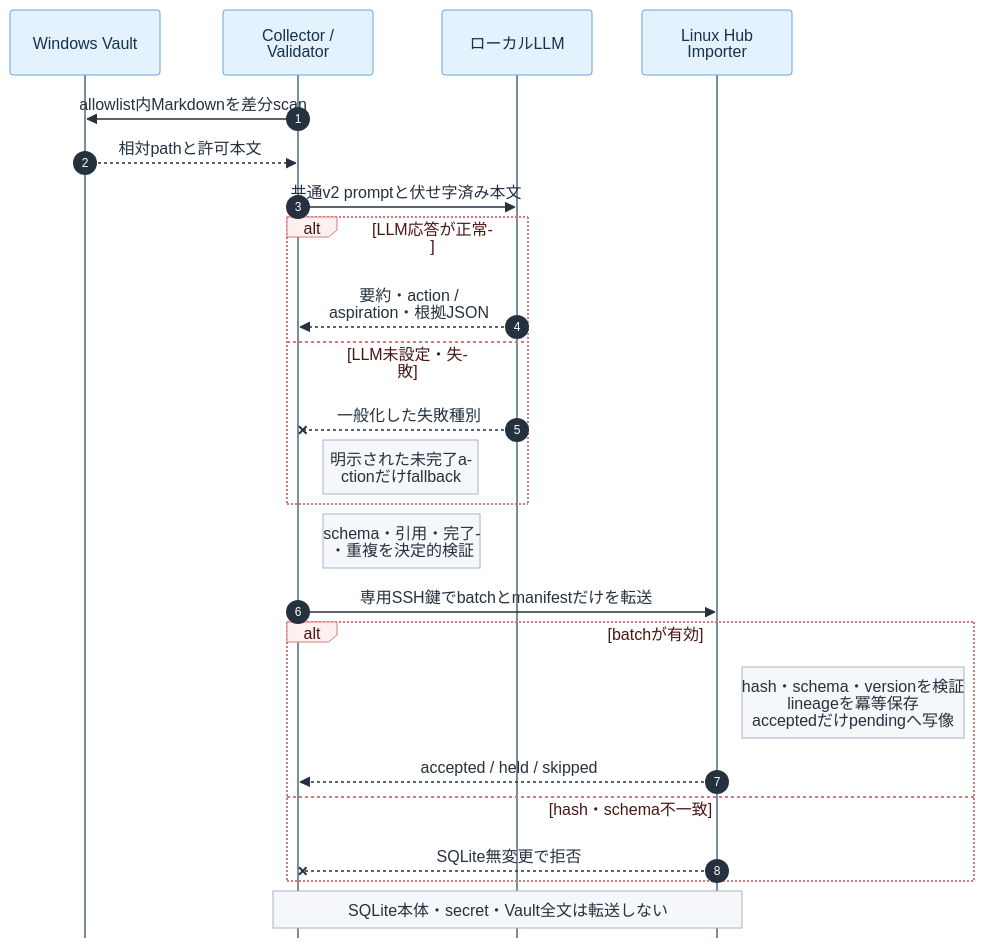
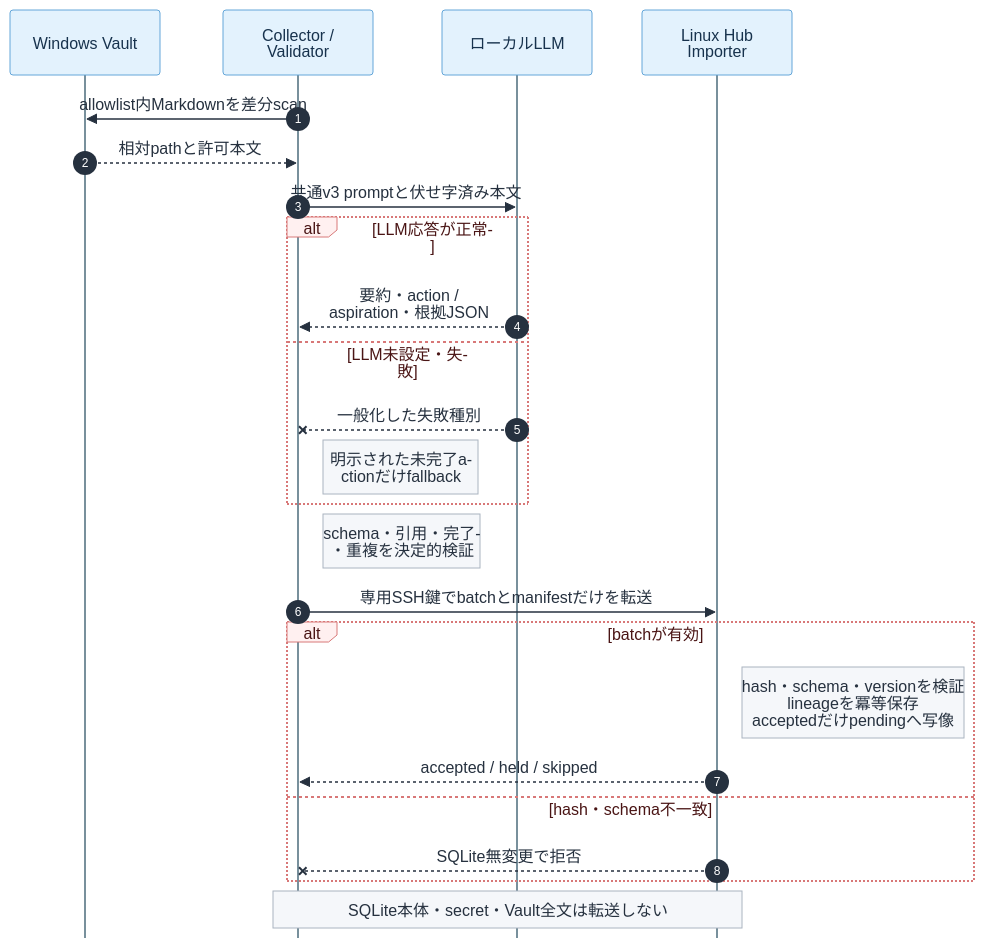
One commit to rohto4/my-pj-general changed the second of 3 diagrams in docs/arch/windows-vault-ai-intake-architecture-2026-07.md. Above: the diagram before and after it, drawn with Mermaid. The commit also changed other lines of this file and 34 other files, not shown here.

````diff
--- a/docs/arch/windows-vault-ai-intake-architecture-2026-07.md
+++ b/docs/arch/windows-vault-ai-intake-architecture-2026-07.md
@@ -36,29 +36,29 @@
 ```mermaid
 %%{init: {"theme":"base","themeVariables":{"background":"#ffffff","textColor":"#26313f","actorBkg":"#e3f2fd","actorBorder":"#64a6d9","actorTextColor":"#17324d","actorLineColor":"#78909c","signalColor":"#26313f","signalTextColor":"#26313f","labelBoxBkgColor":"#fff0f0","labelBoxBorderColor":"#d87878","labelTextColor":"#4a1515","loopTextColor":"#4a1515","noteBkgColor":"#f5f7fa","noteBorderColor":"#aab4c0","noteTextColor":"#26313f"},"sequence":{"mirrorActors":false,"useMaxWidth":true,"wrap":true}}}%%
 sequenceDiagram
     autonumber
     participant V as Windows Vault
     participant W as Collector / Validator
     participant L as ローカルLLM
     participant H as Linux Hub Importer
 
     W->>V: allowlist内Markdownを差分scan
     V-->>W: 相対pathと許可本文
-    W->>L: 共通v2 promptと伏せ字済み本文
+    W->>L: 共通v3 promptと伏せ字済み本文
     alt LLM応答が正常
         L-->>W: 要約・action / aspiration・根拠JSON
     else LLM未設定・失敗
         L--xW: 一般化した失敗種別
         Note right of W: 明示された未完了actionだけfallback
     end
     Note right of W: schema・引用・完了・重複を決定的検証
     W->>H: 専用SSH鍵でbatchとmanifestだけを転送
     alt batchが有効
         Note right of H: hash・schema・versionを検証<br/>lineageを冪等保存<br/>acceptedだけpendingへ写像
         H-->>W: accepted / held / skipped
     else hash・schema不一致
         H--xW: SQLite無変更で拒否
     end
 
     Note over W,H: SQLite本体・secret・Vault全文は転送しない
 ```
````
